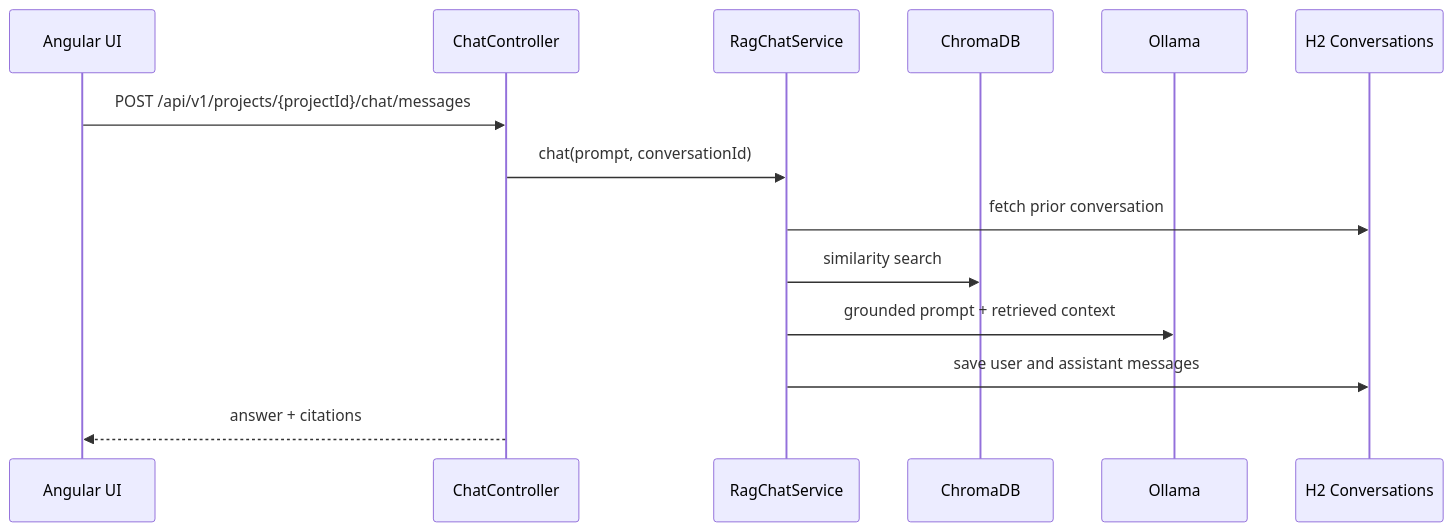
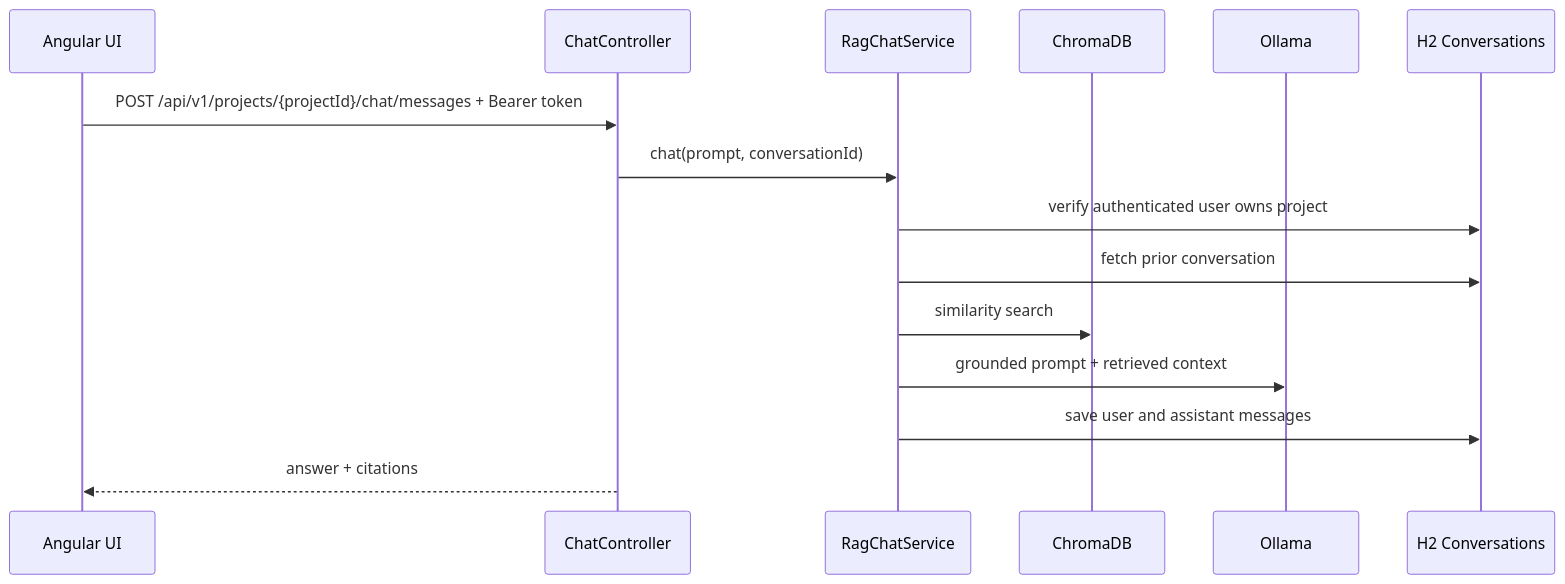
One commit to Aeontanvir/document-rag-using-spring-ai-and-angular changed the fourth of 4 diagrams in README.md. Above: the diagram before and after it, drawn with Mermaid. The commit also changed other lines of this file, not shown here.

Commit message:
docs: update auth and user workspace guide

````diff
--- a/README.md
+++ b/README.md
@@ -92,17 +118,18 @@
 ```mermaid
 sequenceDiagram
     participant UI as Angular UI
     participant API as ChatController
     participant Rag as RagChatService
     participant Chroma as ChromaDB
     participant Ollama as Ollama
     participant H2 as H2 Conversations
 
-    UI->>API: POST /api/v1/projects/{projectId}/chat/messages
+    UI->>API: POST /api/v1/projects/{projectId}/chat/messages + Bearer token
     API->>Rag: chat(prompt, conversationId)
+    Rag->>H2: verify authenticated user owns project
     Rag->>H2: fetch prior conversation
     Rag->>Chroma: similarity search
     Rag->>Ollama: grounded prompt + retrieved context
     Rag->>H2: save user and assistant messages
     API-->>UI: answer + citations
 ```
````
